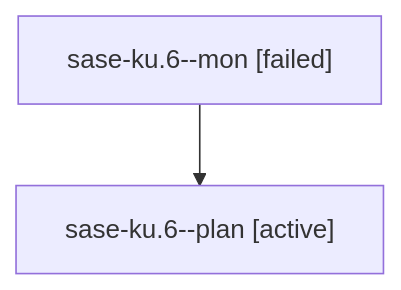
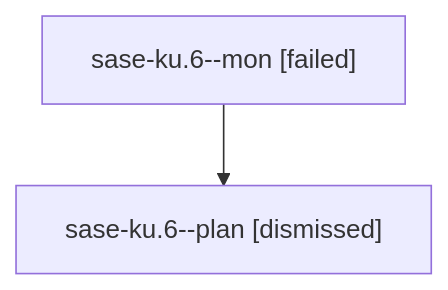
One commit to sase-org/sase--agents changed the diagram in sessions/bbugyi200.athena.sase-ku.6.md. Above: the diagram before and after it, drawn with Mermaid. The commit also changed other lines of this file and 142 other files, not shown here.

````diff
--- a/sessions/bbugyi200.athena.sase-ku.6.md
+++ b/sessions/bbugyi200.athena.sase-ku.6.md
@@ -9,6 +9,6 @@
 ```mermaid
 flowchart TD
   n0["sase-ku.6--mon [failed]"]
-  n1["sase-ku.6--plan [active]"]
+  n1["sase-ku.6--plan [dismissed]"]
   n0 --> n1
 ```
````
